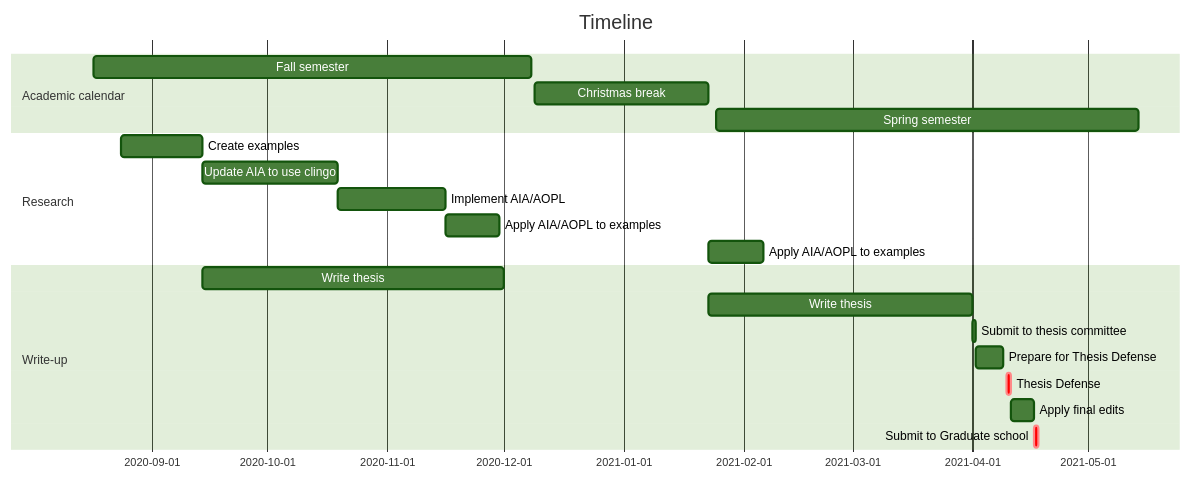
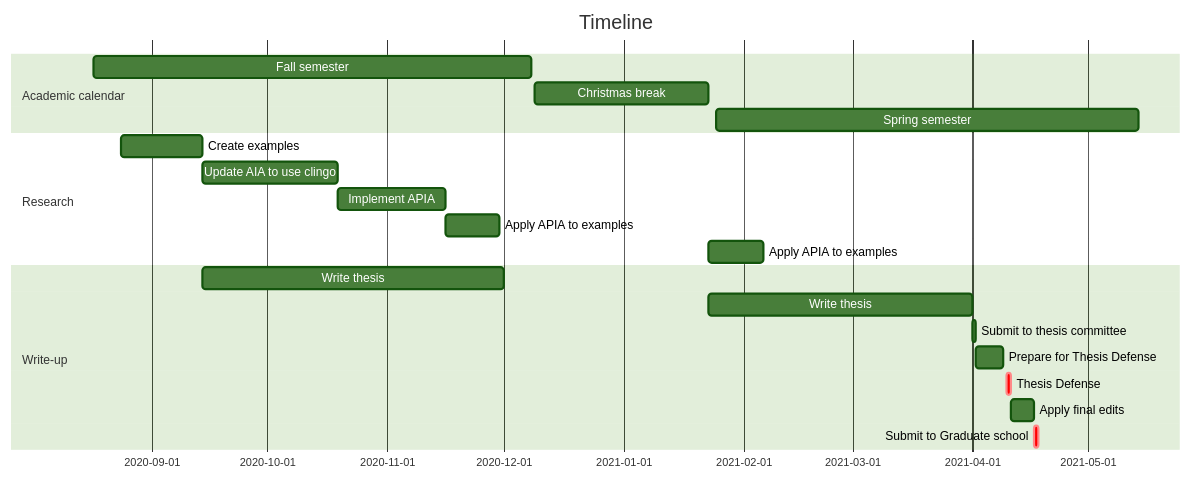
One commit to Entze/APIA changed the diagram in Figures/Timeline.mmd. Above: the diagram before and after it, drawn with Mermaid (forest theme).

Commit message:
Replace 'AIA/AOPL' with 'APIA' in timeline

```diff
--- a/Figures/Timeline.mmd
+++ b/Figures/Timeline.mmd
@@ -1,25 +1,25 @@
 gantt
 	title	Timeline
 	dateFormat	YYYY-MM-DD
 
 	section Academic calendar
 		Fall semester				: fall_semester, 2020-08-17, 2020-12-08
 		Christmas break				: christmas_break, 2020-12-09, 2021-01-23
 		%% J-term						: j_term, 2021-01-02, 2021-01-23
 		Spring semester				: spring_semester, 2021-01-25, 2021-05-14
 
 	section Research
 		Create examples				: create_examples, 2020-08-24, 3w
 		Update AIA to use clingo	: update_aia, after create_examples, 5w
-		Implement AIA/AOPL			: implement_aia_aopl, after update_aia, 4w
-		Apply AIA/AOPL to examples	: apply_aia_aopl, after implement_aia_aopl, 2w
-		Apply AIA/AOPL to examples	: apply_aia_aopl, after christmas_break, 2w
+		Implement APIA				: implement_aia_aopl, after update_aia, 4w
+		Apply APIA to examples		: apply_aia_aopl, after implement_aia_aopl, 2w
+		Apply APIA to examples		: apply_aia_aopl, after christmas_break, 2w
 
 	section Write-up
 		Write thesis				: thesis, after create_examples, 2020-12-01
 		Write thesis				: thesis, after christmas_break, 2021-04-01
 		Submit to thesis committee	: committee_submission, 2021-04-01, 1d
 		Prepare for Thesis Defense	: after committee_submission, 7d
 		Thesis Defense				: crit, defense, 2021-04-10, 1d
 		Apply final edits			: after defense, 2021-04-17
 		Submit to Graduate school	: crit, final_submission, 2021-04-17, 1d
```
